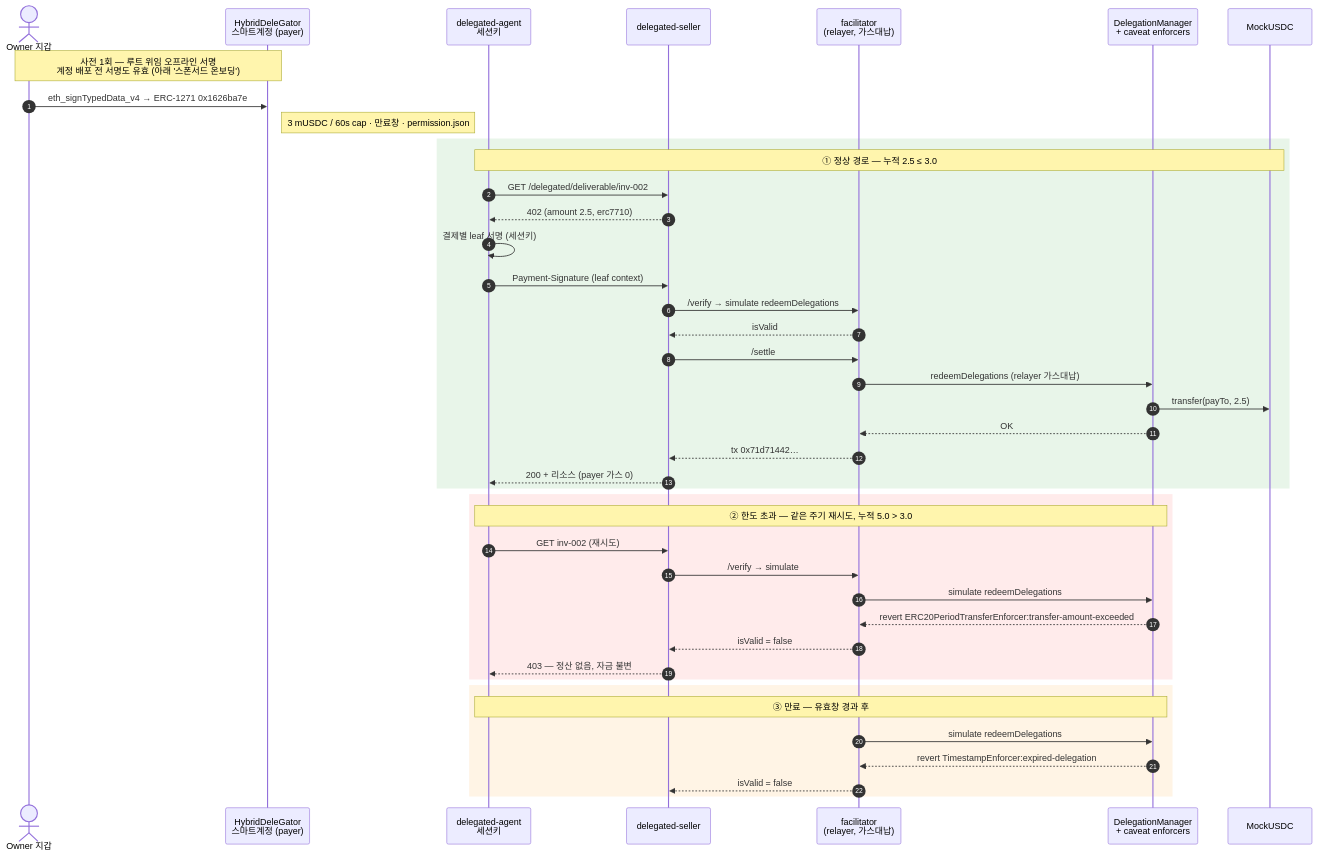
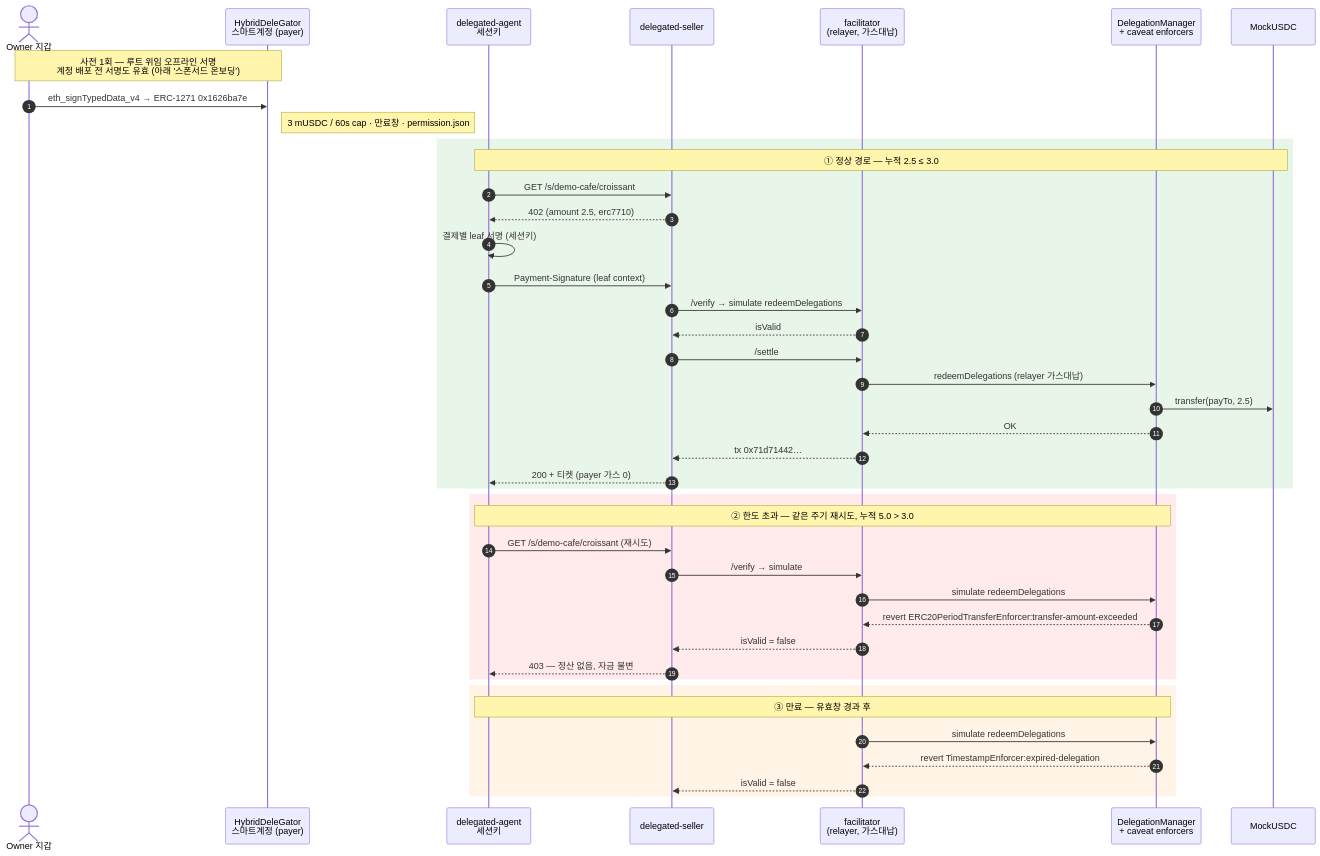
One commit to kooroot/Mapae changed the diagram in docs/tech-notes.md. Above: the diagram before and after it, drawn with Mermaid. The commit also changed other lines of this file and 8 other files, not shown here.

````diff
--- a/docs/tech-notes.md
+++ b/docs/tech-notes.md
@@ -82,48 +79,48 @@
 ```mermaid
 sequenceDiagram
     autonumber
     actor Owner as Owner 지갑
     participant SA as HybridDeleGator<br/>스마트계정 (payer)
     participant Agent as delegated-agent<br/>세션키
     participant Seller as delegated-seller
     participant Fac as facilitator<br/>(relayer, 가스대납)
     participant DM as DelegationManager<br/>+ caveat enforcers
     participant USDC as MockUSDC
 
     Note over Owner,SA: 사전 1회 — 루트 위임 오프라인 서명<br/>계정 배포 전 서명도 유효 (아래 '스폰서드 온보딩')
     Owner->>SA: eth_signTypedData_v4 → ERC-1271 0x1626ba7e
     Note right of SA: 3 mUSDC / 60s cap · 만료창 · permission.json
 
     rect rgb(232,245,233)
     Note over Agent,USDC: ① 정상 경로 — 누적 2.5 ≤ 3.0
-    Agent->>Seller: GET /delegated/deliverable/inv-002
+    Agent->>Seller: GET /s/demo-cafe/croissant
     Seller-->>Agent: 402 (amount 2.5, erc7710)
     Agent->>Agent: 결제별 leaf 서명 (세션키)
     Agent->>Seller: Payment-Signature (leaf context)
     Seller->>Fac: /verify → simulate redeemDelegations
     Fac-->>Seller: isValid
     Seller->>Fac: /settle
     Fac->>DM: redeemDelegations (relayer 가스대납)
     DM->>USDC: transfer(payTo, 2.5)
     DM-->>Fac: OK
     Fac-->>Seller: tx 0x71d71442…
-    Seller-->>Agent: 200 + 리소스 (payer 가스 0)
+    Seller-->>Agent: 200 + 티켓 (payer 가스 0)
     end
 
     rect rgb(255,235,235)
     Note over Agent,DM: ② 한도 초과 — 같은 주기 재시도, 누적 5.0 > 3.0
-    Agent->>Seller: GET inv-002 (재시도)
+    Agent->>Seller: GET /s/demo-cafe/croissant (재시도)
     Seller->>Fac: /verify → simulate
     Fac->>DM: simulate redeemDelegations
     DM-->>Fac: revert ERC20PeriodTransferEnforcer:transfer-amount-exceeded
     Fac-->>Seller: isValid = false
     Seller-->>Agent: 403 — 정산 없음, 자금 불변
     end
 
     rect rgb(255,244,229)
     Note over Agent,DM: ③ 만료 — 유효창 경과 후
     Fac->>DM: simulate redeemDelegations
     DM-->>Fac: revert TimestampEnforcer:expired-delegation
     Fac-->>Seller: isValid = false
     end
 ```
````
